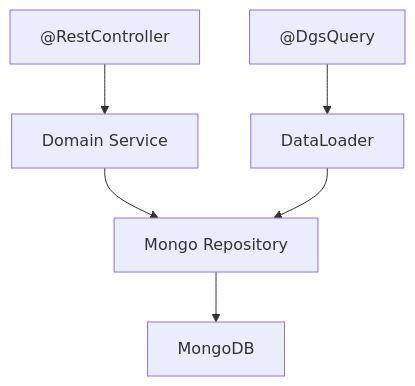
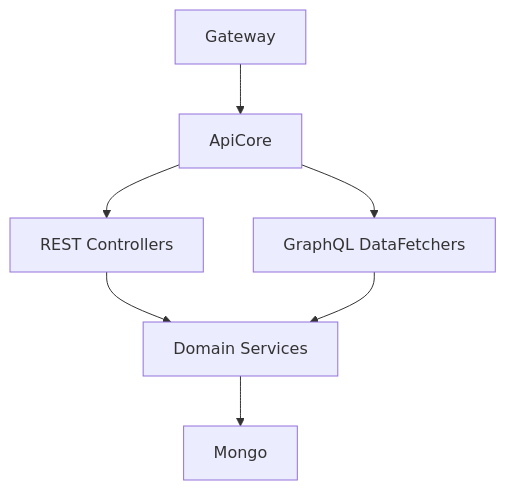
One commit to Praesto-Pro/openframe-oss-tenant changed the second of 12 diagrams in docs/architecture/README.md. Above: the diagram before and after it, drawn with Mermaid. The commit also changed other lines of this file and 214 other files, not shown here.

````diff
--- a/docs/architecture/README.md
+++ b/docs/architecture/README.md
@@ -168,9 +94,9 @@
 ```mermaid
 flowchart TD
-    Controller["@RestController"] --> Service["Domain Service"]
-    Service --> Repository["Mongo Repository"]
-    Repository --> MongoDB["MongoDB"]
-
-    GraphQL["@DgsQuery"] --> DataLoader["DataLoader"]
-    DataLoader --> Repository
+    Gateway --> ApiCore
+    ApiCore --> Controllers["REST Controllers"]
+    ApiCore --> GraphQL["GraphQL DataFetchers"]
+    Controllers --> Services["Domain Services"]
+    GraphQL --> Services
+    Services --> Mongo
 ```
````
